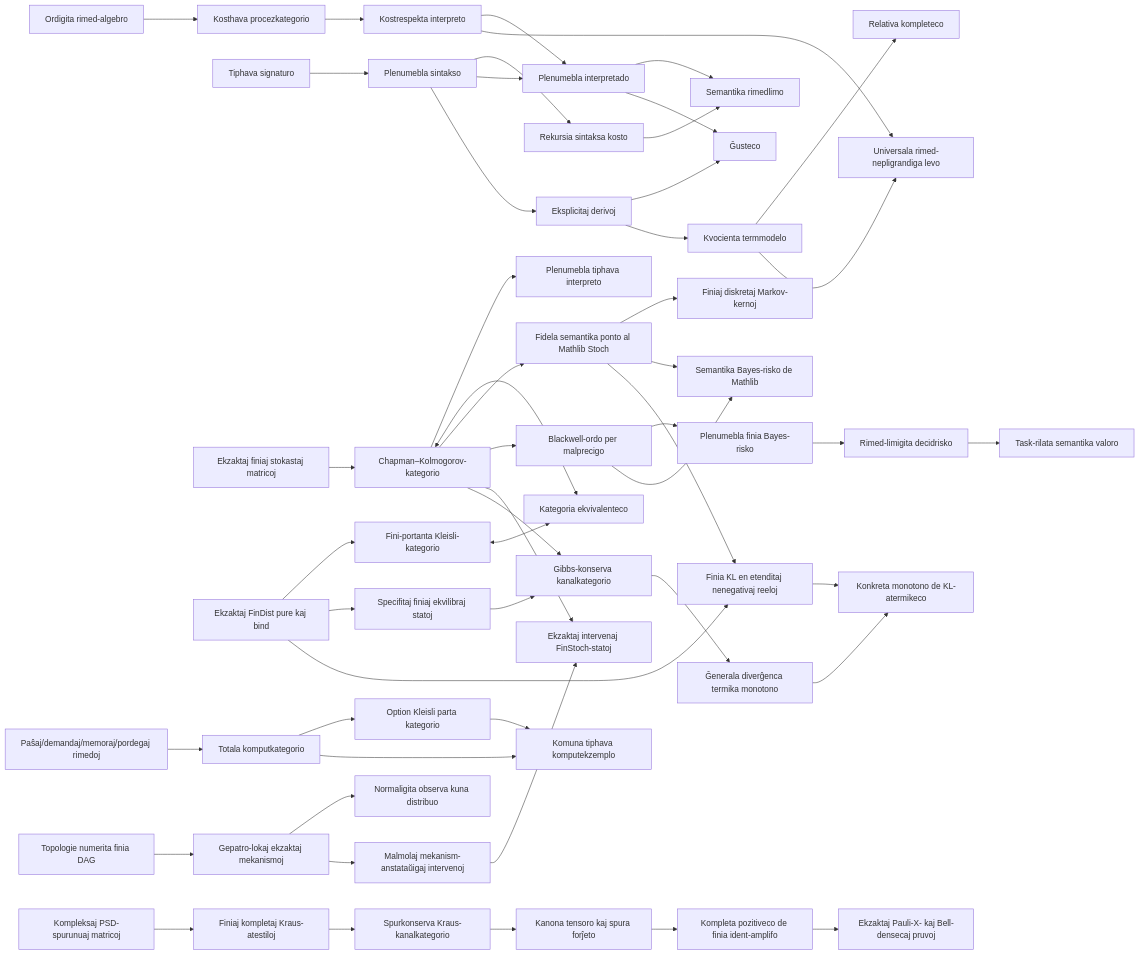
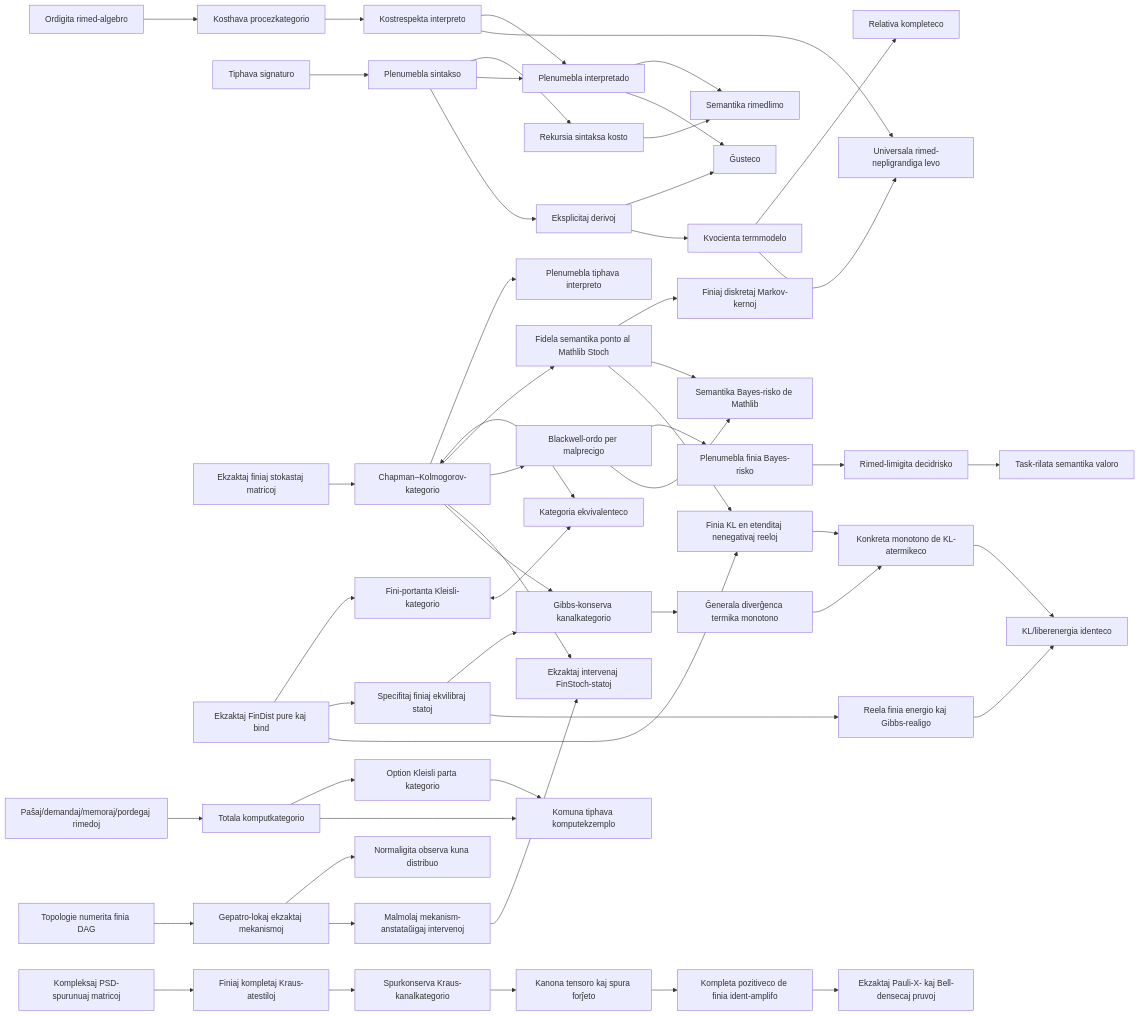
Before and after one commit to miuchan/ript: the diagram in docs/README.eo.md, drawn with Mermaid. The commit also changed other lines of this file and 11 other files, not shown here.

````diff
--- a/docs/README.eo.md
+++ b/docs/README.eo.md
@@ -967,53 +999,56 @@
 ```mermaid
 flowchart LR
   R["Ordigita rimed-algebro"] --> C["Kosthava procezkategorio"]
   S["Tiphava signaturo"] --> X["Plenumebla sintakso"]
   X --> K["Rekursia sintaksa kosto"]
   C --> I["Kostrespekta interpreto"]
   X --> E["Plenumebla interpretado"]
   I --> E
   K --> B["Semantika rimedlimo"]
   E --> B
   X --> D["Eksplicitaj derivoj"]
   D --> SO["Ĝusteco"]
   E --> SO
   D --> T["Kvocienta termmodelo"]
   T --> CO["Relativa kompleteco"]
   I --> U["Universala rimed-nepligrandiga levo"]
   T --> U
   F["Ekzaktaj finiaj stokastaj matricoj"] --> CK["Chapman–Kolmogorov-kategorio"]
   CK --> EX["Plenumebla tiphava interpreto"]
   FD["Ekzaktaj FinDist pure kaj bind"] --> KL["Fini-portanta Kleisli-kategorio"]
   CK <--> EQ["Kategoria ekvivalenteco"]
   KL <--> EQ
   CK --> ST["Fidela semantika ponto al Mathlib Stoch"]
   ST --> MT["Finiaj diskretaj Markov-kernoj"]
   CK --> BW["Blackwell-ordo per malprecigo"]
   ST --> SB["Semantika Bayes-risko de Mathlib"]
   BW --> FR["Plenumebla finia Bayes-risko"]
   FR --> RR["Rimed-limigita decidrisko"]
   RR --> SV["Task-rilata semantika valoro"]
   BW --> SB
   CR["Paŝaj/demandaj/memoraj/pordegaj rimedoj"] --> TC["Totala komputkategorio"]
   TC --> PC["Option Kleisli parta kategorio"]
   TC --> CE["Komuna tiphava komputekzemplo"]
   PC --> CE
   DAG["Topologie numerita finia DAG"] --> CM["Gepatro-lokaj ekzaktaj mekanismoj"]
   CM --> OJ["Normaligita observa kuna distribuo"]
   CM --> DO["Malmolaj mekanism-anstataŭigaj intervenoj"]
   DO --> IS["Ekzaktaj intervenaj FinStoch-statoj"]
   CK --> IS
   FD --> TE["Specifitaj finiaj ekvilibraj statoj"]
   CK --> GP["Gibbs-konserva kanalkategorio"]
   TE --> GP
   GP --> TM["Ĝenerala diverĝenca termika monotono"]
   FD --> FKL["Finia KL en etenditaj nenegativaj reeloj"]
   ST --> FKL
   FKL --> KTM["Konkreta monotono de KL-atermikeco"]
   TM --> KTM
+  TE --> GD["Reela finia energio kaj Gibbs-realigo"]
+  GD --> FE["KL/liberenergia identeco"]
+  KTM --> FE
   QB["Kompleksaj PSD-spurunuaj matricoj"] --> QK["Finiaj kompletaj Kraus-atestiloj"]
   QK --> QC["Spurkonserva Kraus-kanalkategorio"]
   QC --> QT["Kanona tensoro kaj spura forĵeto"]
   QT --> QP["Kompleta pozitiveco de finia ident-amplifo"]
   QP --> QX["Ekzaktaj Pauli-X- kaj Bell-densecaj pruvoj"]
 ```
````
